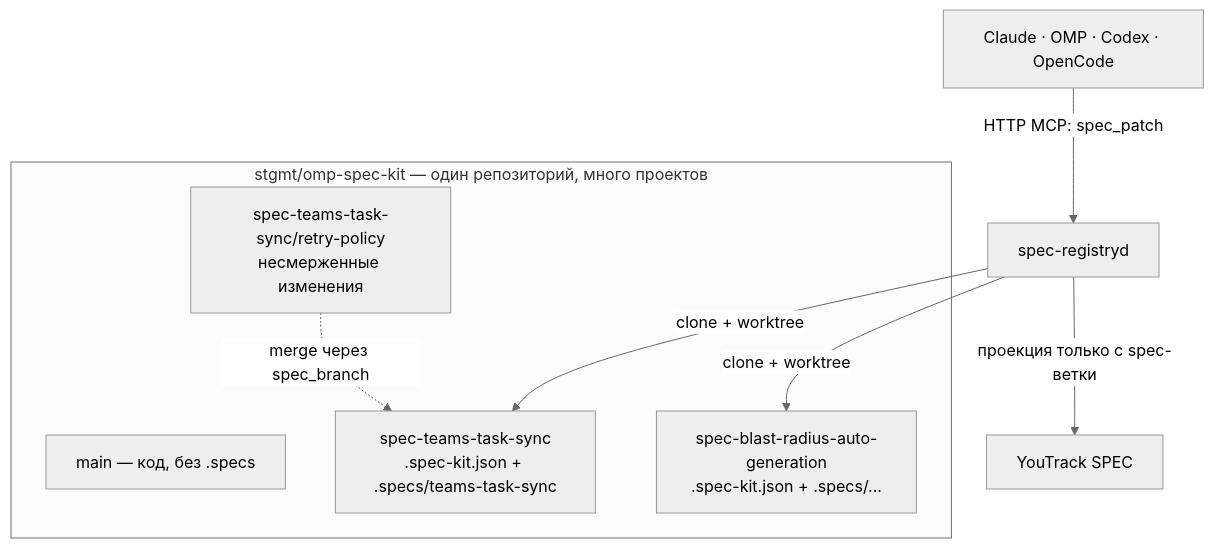
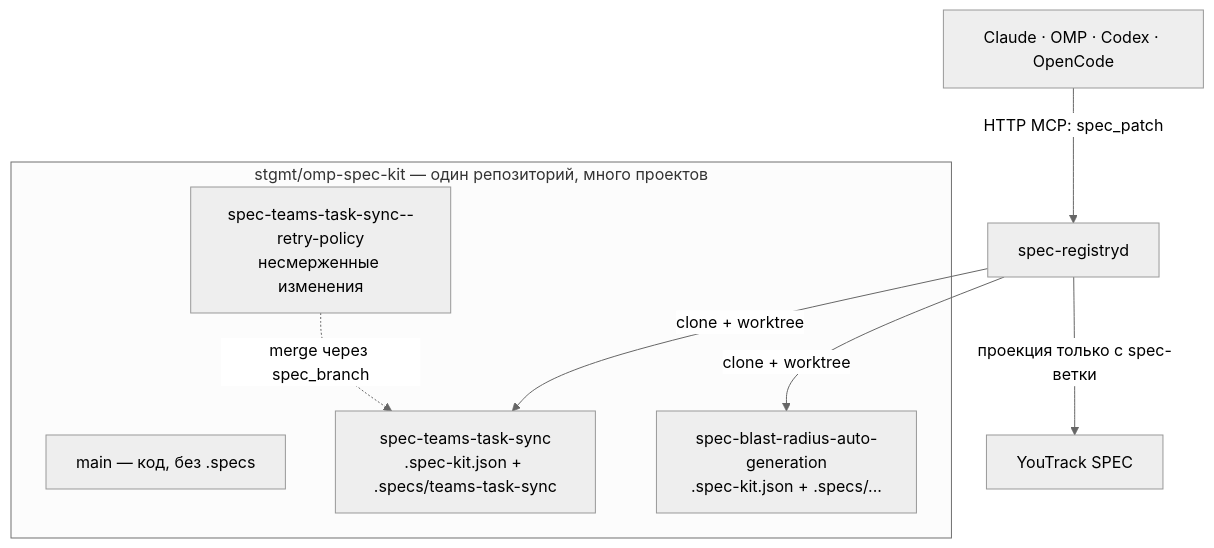
The diagram in docs/plans/spec-per-branch-3.0.0.md (stgmt/omp-spec-kit), drawn with Mermaid (neutral theme) before and after one commit. The commit also changed other lines of this file and 13 other files, not shown here.

````diff
--- a/docs/plans/spec-per-branch-3.0.0.md
+++ b/docs/plans/spec-per-branch-3.0.0.md
@@ -10,14 +10,14 @@
 ```mermaid
 flowchart TB
   subgraph REPO["stgmt/omp-spec-kit — один репозиторий, много проектов"]
     MAIN["main — код, без .specs"]
     S1["spec-teams-task-sync<br/>.spec-kit.json + .specs/teams-task-sync"]
-    S1A["spec-teams-task-sync/retry-policy<br/>несмерженные изменения"]
+    S1A["spec-teams-task-sync--retry-policy<br/>несмерженные изменения"]
     S2["spec-blast-radius-auto-generation<br/>.spec-kit.json + .specs/..."]
     S1A -.->|"merge через spec_branch"| S1
   end
   HOSTS["Claude · OMP · Codex · OpenCode"] -->|"HTTP MCP: spec_patch"| REG["spec-registryd"]
   REG -->|"clone + worktree"| S1
   REG -->|"clone + worktree"| S2
   REG -->|"проекция только с spec-ветки"| YT["YouTrack SPEC"]
 ```
````
